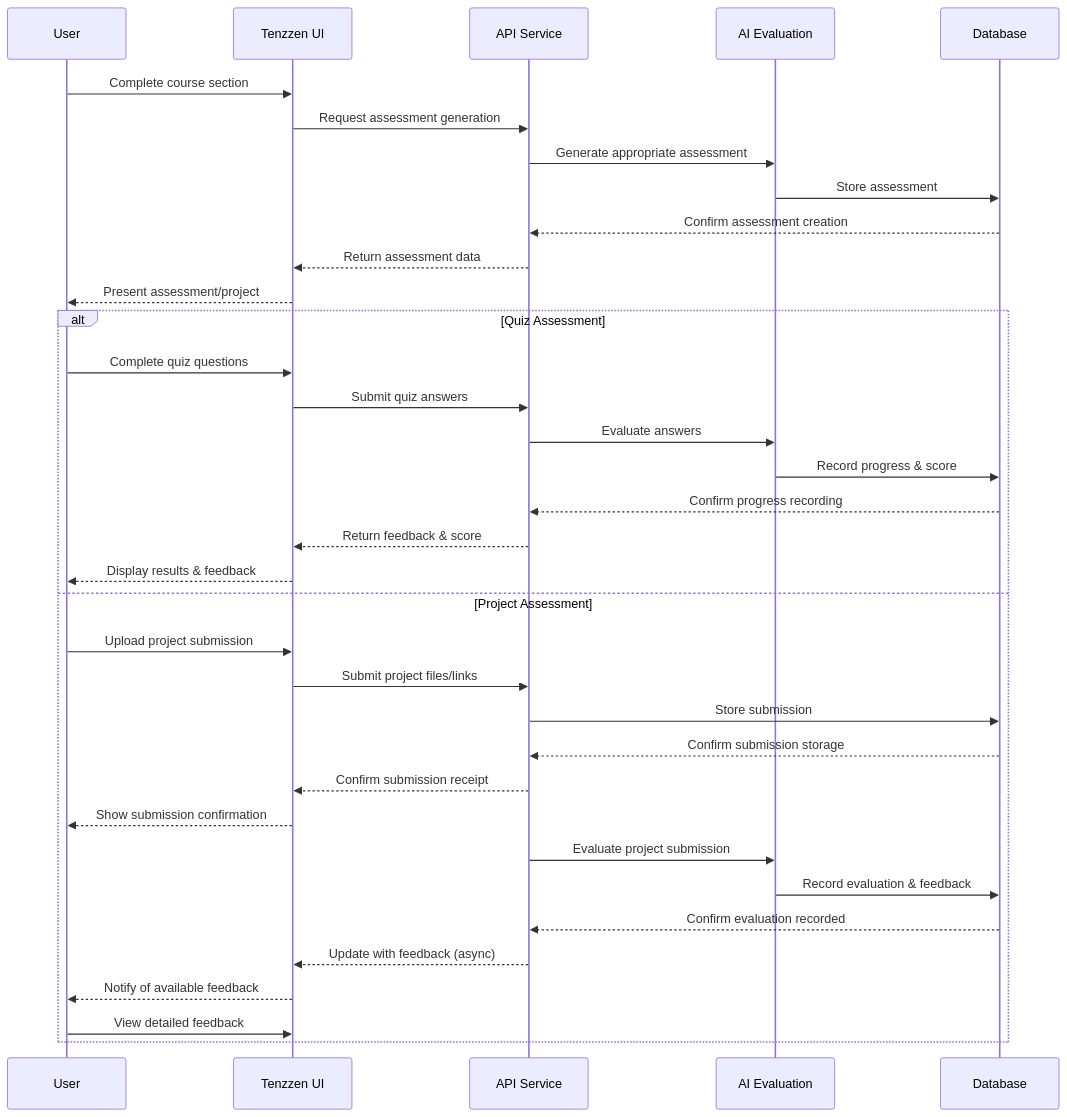
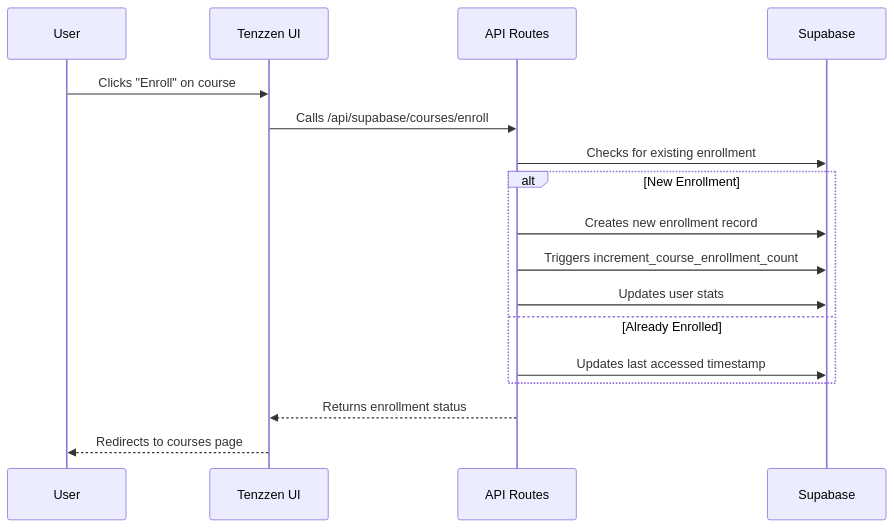
Before and after one commit to codeKobby/tenzzen-app: the third of 6 diagrams in docs/DATABASE_AND_FLOWS.md, drawn with Mermaid. The commit also changed other lines of this file and 55 other files, not shown here.

````diff
--- a/docs/DATABASE_AND_FLOWS.md
+++ b/docs/DATABASE_AND_FLOWS.md
@@ -395,39 +136,20 @@
 ```mermaid
 sequenceDiagram
     participant User
     participant UI as Tenzzen UI
-    participant API as API Service
-    participant AI as AI Evaluation
-    participant DB as Database
+    participant API as API Routes
+    participant DB as Supabase
 
-    User->>UI: Complete course section
-    UI->>API: Request assessment generation
-    API->>AI: Generate appropriate assessment
-    AI->>DB: Store assessment
-    DB-->>API: Confirm assessment creation
-    API-->>UI: Return assessment data
-    UI-->>User: Present assessment/project
-
-    alt Quiz Assessment
-        User->>UI: Complete quiz questions
-        UI->>API: Submit quiz answers
-        API->>AI: Evaluate answers
-        AI->>DB: Record progress & score
-        DB-->>API: Confirm progress recording
-        API-->>UI: Return feedback & score
-        UI-->>User: Display results & feedback
-    else Project Assessment
-        User->>UI: Upload project submission
-        UI->>API: Submit project files/links
-        API->>DB: Store submission
-        DB-->>API: Confirm submission storage
-        API-->>UI: Confirm submission receipt
-        UI-->>User: Show submission confirmation
-        API->>AI: Evaluate project submission
-        AI->>DB: Record evaluation & feedback
-        DB-->>API: Confirm evaluation recorded
-        API-->>UI: Update with feedback (async)
-        UI-->>User: Notify of available feedback
-        User->>UI: View detailed feedback
+    User->>UI: Clicks "Enroll" on course
+    UI->>API: Calls /api/supabase/courses/enroll
+    API->>DB: Checks for existing enrollment
+    alt New Enrollment
+        API->>DB: Creates new enrollment record
+        API->>DB: Triggers increment_course_enrollment_count
+        API->>DB: Updates user stats
+    else Already Enrolled
+        API->>DB: Updates last accessed timestamp
     end
+    API-->>UI: Returns enrollment status
+    UI-->>User: Redirects to courses page
 ```
````
